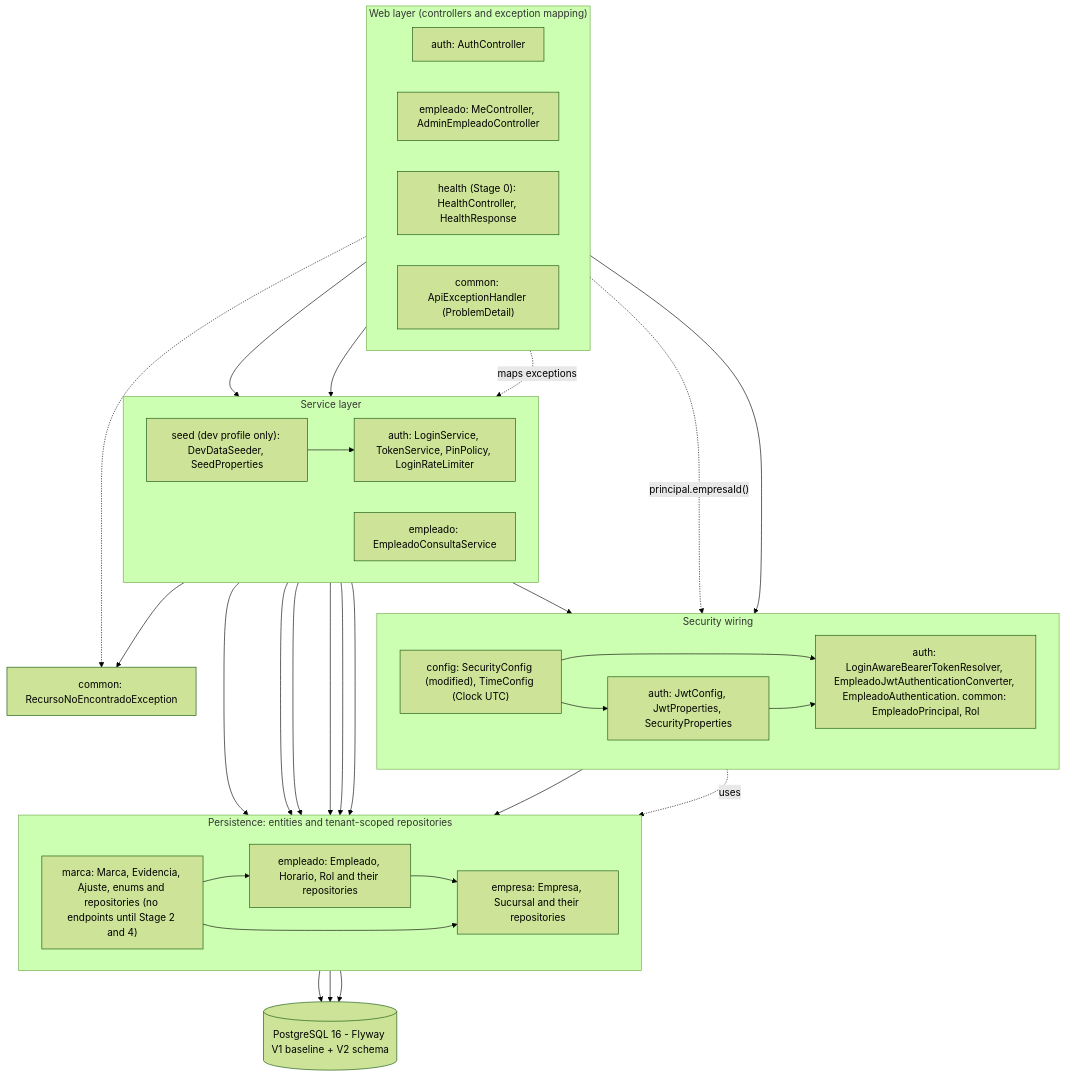
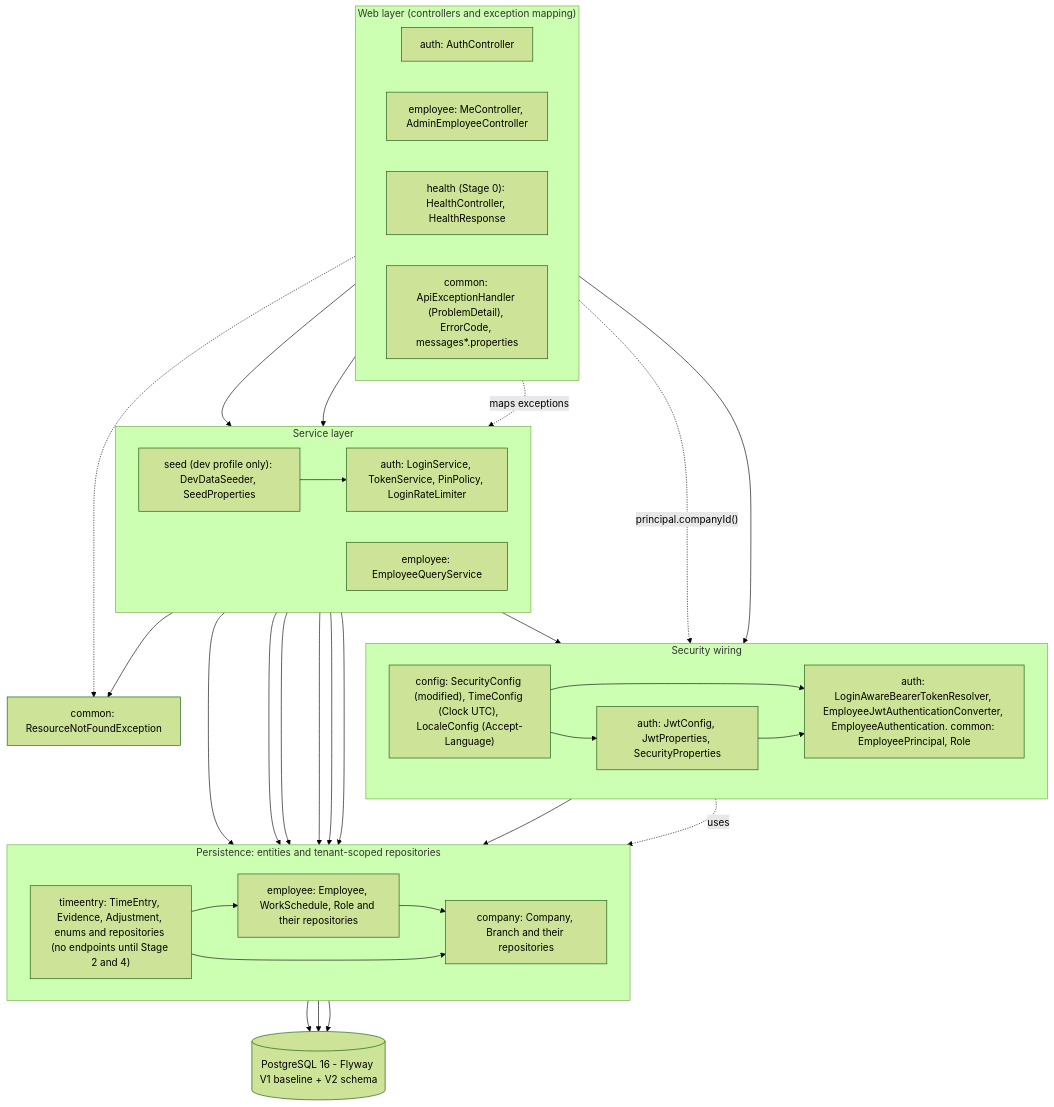
Before and after one commit to nestorqv/assistant-control-app: the fourth of 4 diagrams in docs/diagrams/stage-1-er.md, drawn with Mermaid (forest theme). The commit also changed other lines of this file and 220 other files, not shown here.

````diff
--- a/docs/diagrams/stage-1-er.md
+++ b/docs/diagrams/stage-1-er.md
@@ -291,65 +293,65 @@
 ```mermaid
 flowchart TD
     subgraph WEB["Web layer (controllers and exception mapping)"]
         direction LR
         AUTHC["auth: AuthController"]
-        MEC["empleado: MeController, AdminEmpleadoController"]
+        MEC["employee: MeController, AdminEmployeeController"]
         HEALTH["health (Stage 0): HealthController, HealthResponse"]
-        EXH["common: ApiExceptionHandler (ProblemDetail)"]
+        EXH["common: ApiExceptionHandler (ProblemDetail), ErrorCode, messages*.properties"]
     end
 
     subgraph SEC["Security wiring"]
         direction LR
-        CFG["config: SecurityConfig (modified), TimeConfig (Clock UTC)"]
+        CFG["config: SecurityConfig (modified), TimeConfig (Clock UTC), LocaleConfig (Accept-Language)"]
         JWTC["auth: JwtConfig, JwtProperties, SecurityProperties"]
-        FLT["auth: LoginAwareBearerTokenResolver, EmpleadoJwtAuthenticationConverter, EmpleadoAuthentication. common: EmpleadoPrincipal, Rol"]
+        FLT["auth: LoginAwareBearerTokenResolver, EmployeeJwtAuthenticationConverter, EmployeeAuthentication. common: EmployeePrincipal, Role"]
     end
 
     subgraph SVC["Service layer"]
         direction LR
         LS["auth: LoginService, TokenService, PinPolicy, LoginRateLimiter"]
-        ECS["empleado: EmpleadoConsultaService"]
+        ECS["employee: EmployeeQueryService"]
         SEED["seed (dev profile only): DevDataSeeder, SeedProperties"]
     end
 
     subgraph DATA["Persistence: entities and tenant-scoped repositories"]
         direction LR
-        EMP["empresa: Empresa, Sucursal and their repositories"]
-        EMPL["empleado: Empleado, Horario, Rol and their repositories"]
-        MAR["marca: Marca, Evidencia, Ajuste, enums and repositories (no endpoints until Stage 2 and 4)"]
+        EMP["company: Company, Branch and their repositories"]
+        EMPL["employee: Employee, WorkSchedule, Role and their repositories"]
+        MAR["timeentry: TimeEntry, Evidence, Adjustment, enums and repositories (no endpoints until Stage 2 and 4)"]
     end
 
     DB[("PostgreSQL 16 - Flyway V1 baseline + V2 schema")]
-    CMN["common: RecursoNoEncontradoException"]
+    CMN["common: ResourceNotFoundException"]
 
     AUTHC --> LS
     MEC --> ECS
-    MEC -. "principal.empresaId()" .-> FLT
+    MEC -. "principal.companyId()" .-> FLT
     HEALTH --> CFG
     EXH -. "maps exceptions" .-> LS
     EXH -.-> CMN
     ECS --> CMN
 
     CFG --> FLT
     CFG --> JWTC
     JWTC --> FLT
     FLT --> EMPL
     FLT -. "uses" .-> EMPL
 
     LS --> EMP
     LS --> EMPL
     LS --> JWTC
     ECS --> EMPL
     ECS --> EMP
     SEED --> EMP
     SEED --> EMPL
     SEED --> LS
 
     EMPL --> EMP
     MAR --> EMPL
     MAR --> EMP
 
     EMP --> DB
     EMPL --> DB
     MAR --> DB
 ```
````
